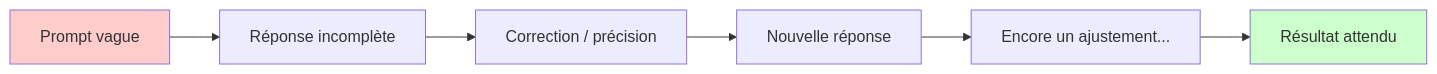
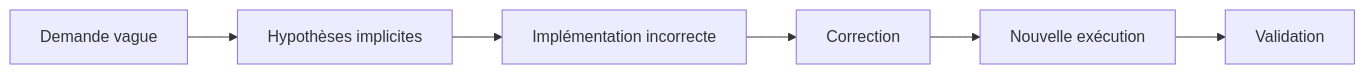
One commit to FTurleque/doc-utilisation-ia changed the diagram in docs/chapitre-12-couts-gouvernance/patterns-allers-retours.md. Above: the diagram before and after it, drawn with Mermaid. The commit also changed other lines of this file and 261 other files, not shown here.

````diff
--- a/docs/chapitre-12-couts-gouvernance/patterns-allers-retours.md
+++ b/docs/chapitre-12-couts-gouvernance/patterns-allers-retours.md
@@ -13,11 +14,8 @@
 ```mermaid
 graph LR
-    A["Prompt vague"] --> B["Réponse incomplète"]
-    B --> C["Correction / précision"]
-    C --> D["Nouvelle réponse"]
-    D --> E["Encore un ajustement..."]
-    E --> F["Résultat attendu"]
-
-    style A fill:#ffcccc
-    style F fill:#ccffcc
+    A["Demande vague"] --> B["Hypothèses implicites"]
+    B --> C["Implémentation incorrecte"]
+    C --> D["Correction"]
+    D --> E["Nouvelle exécution"]
+    E --> F["Validation"]
 ```
````
